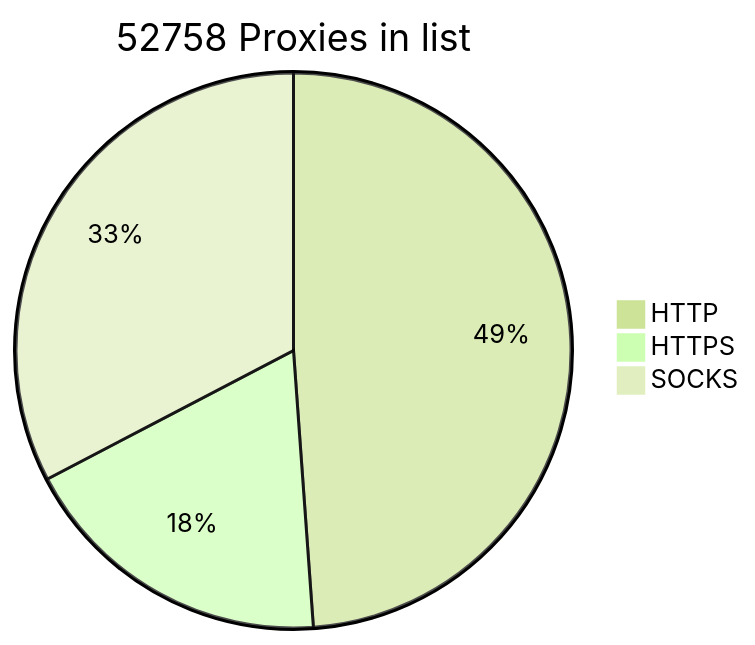
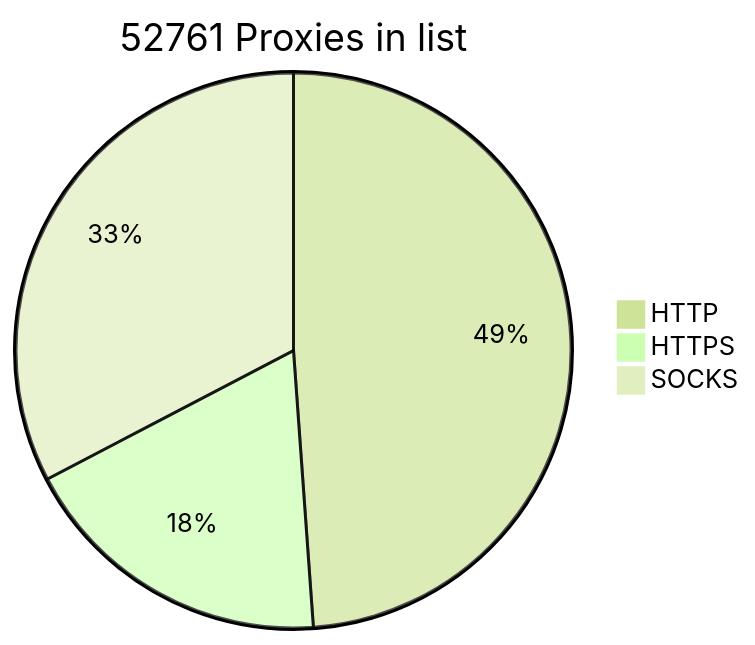
The diagram in README.md (BlackSnowDot/proxylist-update-every-minute), drawn with Mermaid (forest theme) before and after one commit.

````diff
--- a/README.md
+++ b/README.md
@@ -2,6 +2,6 @@
 ```mermaid
-pie title 52758 Proxies in list
-    "HTTP" : 29012
-    "HTTPS": 10975
-    "SOCKS" : 19394
+pie title 52761 Proxies in list
+    "HTTP" : 29014
+    "HTTPS": 10976
+    "SOCKS" : 19395
 ```
````
